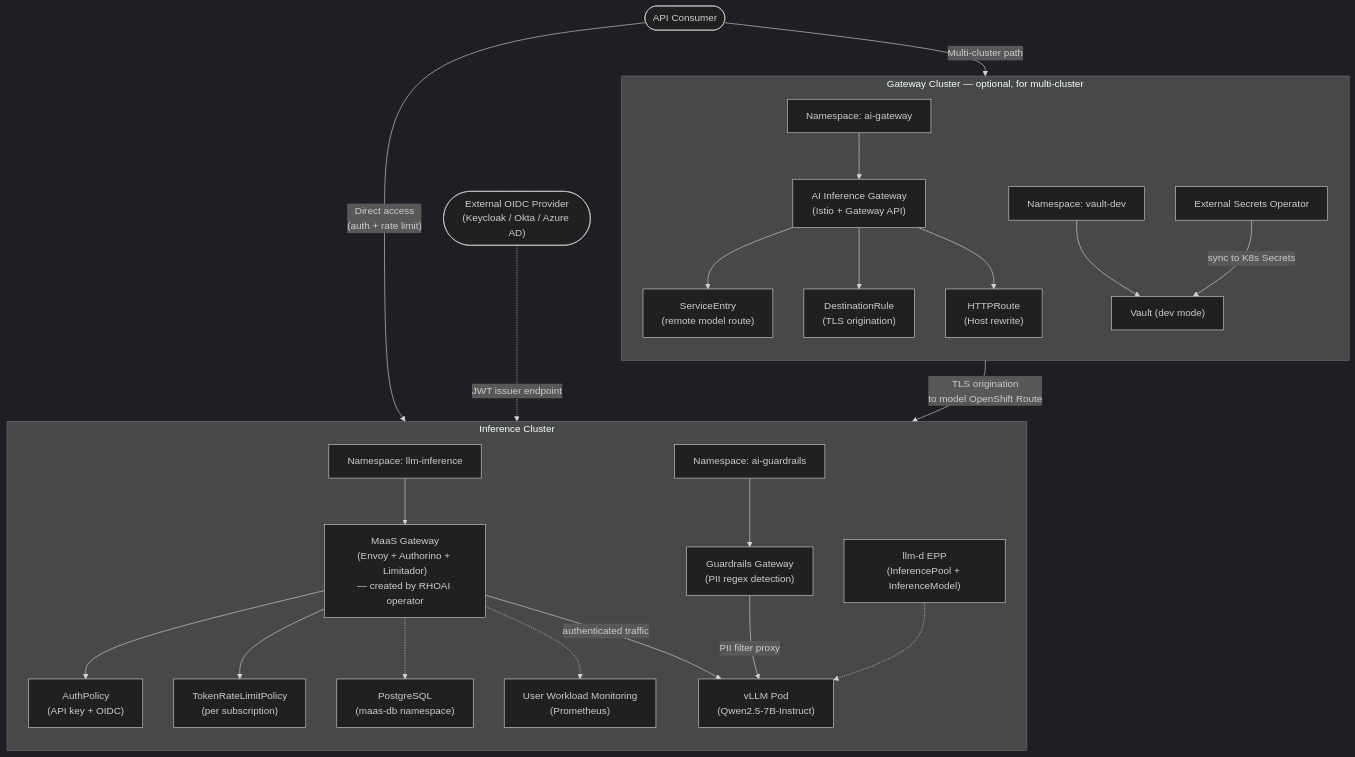
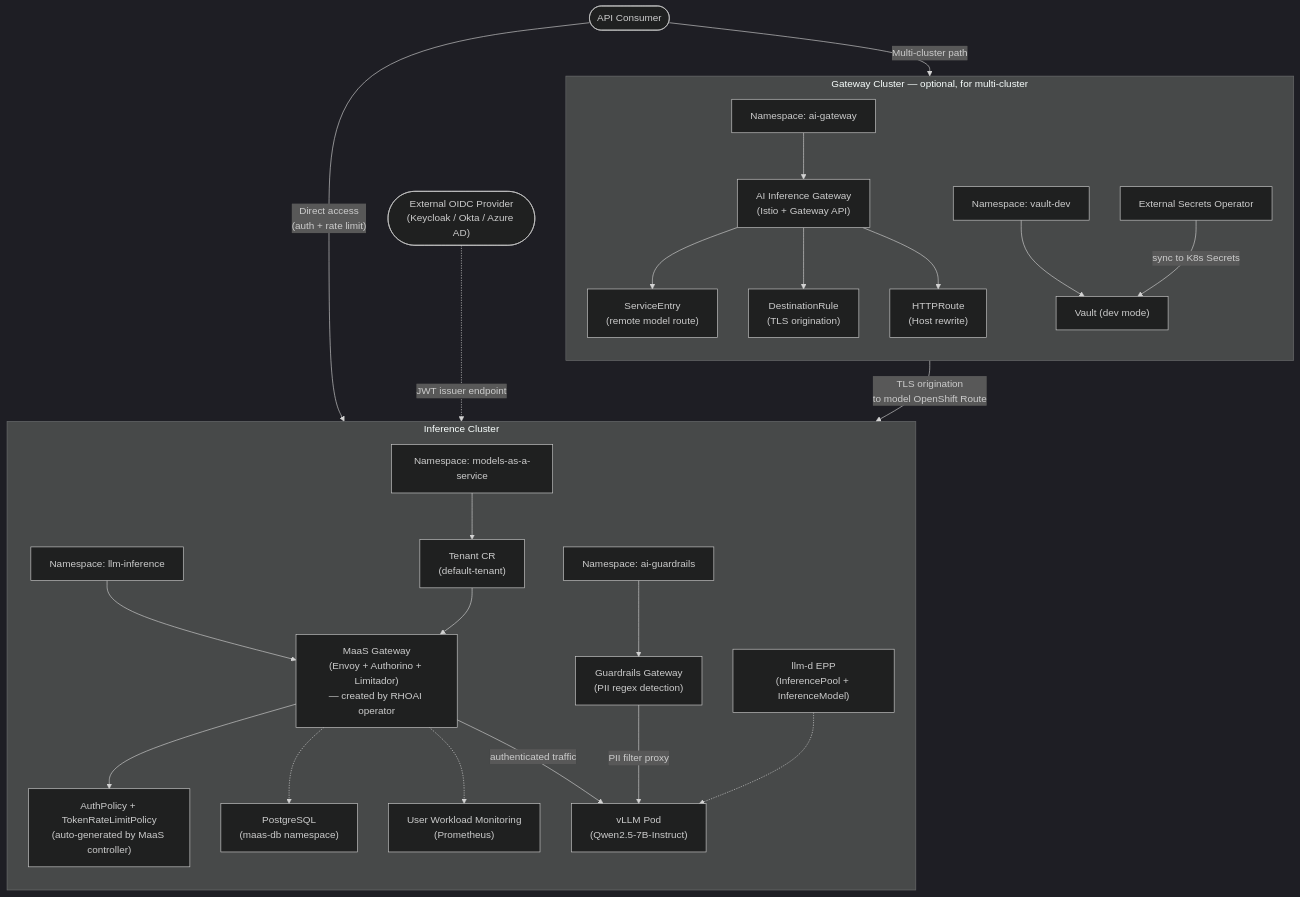
The first of 2 diagrams in docs/architecture.md (rrbanda/maas-demo), drawn with Mermaid (dark theme) before and after one commit. The commit also changed other lines of this file and 8 other files, not shown here.

First line of the commit message:
fix: align with RHOAI 3.4 MaaS official docs — add Tenant CR, fix priorities, harden narrative

````diff
--- a/docs/architecture.md
+++ b/docs/architecture.md
@@ -13,52 +13,54 @@
 ```mermaid
 flowchart TB
     subgraph GWCluster["Gateway Cluster — optional, for multi-cluster"]
         direction TB
         NS1["Namespace: ai-gateway"]
         AIGw["AI Inference Gateway<br/>(Istio + Gateway API)"]
         SE["ServiceEntry<br/>(remote model route)"]
         DR["DestinationRule<br/>(TLS origination)"]
         HR["HTTPRoute<br/>(Host rewrite)"]
         VaultNS["Namespace: vault-dev"]
         VaultPod["Vault (dev mode)"]
         ESO["External Secrets Operator"]
 
         NS1 --> AIGw
         AIGw --> SE
         AIGw --> DR
         AIGw --> HR
         VaultNS --> VaultPod
         ESO -->|"sync to K8s Secrets"| VaultPod
     end
 
     subgraph InfCluster["Inference Cluster"]
         direction TB
         NS2["Namespace: llm-inference"]
+        NSMaaS["Namespace: models-as-a-service"]
         MaaS["MaaS Gateway<br/>(Envoy + Authorino + Limitador)<br/>— created by RHOAI operator"]
-        AuthP["AuthPolicy<br/>(API key + OIDC)"]
-        RLP["TokenRateLimitPolicy<br/>(per subscription)"]
+        Tenant["Tenant CR<br/>(default-tenant)"]
+        AuthP["AuthPolicy + TokenRateLimitPolicy<br/>(auto-generated by MaaS controller)"]
         NS3["Namespace: ai-guardrails"]
         Guard["Guardrails Gateway<br/>(PII regex detection)"]
         EPP["llm-d EPP<br/>(InferencePool + InferenceModel)"]
         Model["vLLM Pod<br/>(Qwen2.5-7B-Instruct)"]
         PG["PostgreSQL<br/>(maas-db namespace)"]
         Mon["User Workload Monitoring<br/>(Prometheus)"]
 
+        NSMaaS --> Tenant
         NS2 --> MaaS
+        Tenant --> MaaS
         MaaS --> AuthP
-        MaaS --> RLP
         NS3 --> Guard
         EPP -.-> Model
         MaaS -.-> PG
         MaaS -.-> Mon
     end
 
     ExtIdP(["External OIDC Provider<br/>(Keycloak / Okta / Azure AD)"])
 
     Client(["API Consumer"]) -->|"Direct access<br/>(auth + rate limit)"| MaaS
     Client -->|"Multi-cluster path"| AIGw
     AIGw -->|"TLS origination<br/>to model OpenShift Route"| Model
     MaaS -->|"authenticated traffic"| Model
     Guard -->|"PII filter proxy"| Model
     ExtIdP -.->|"JWT issuer endpoint"| AuthP
 ```
````
